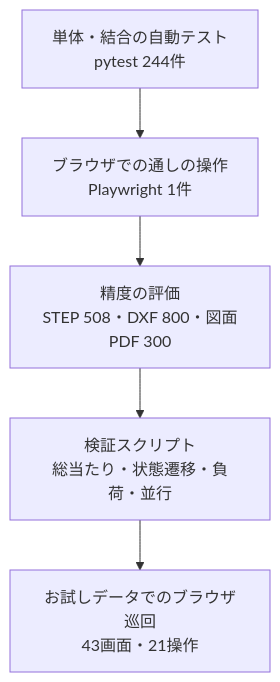
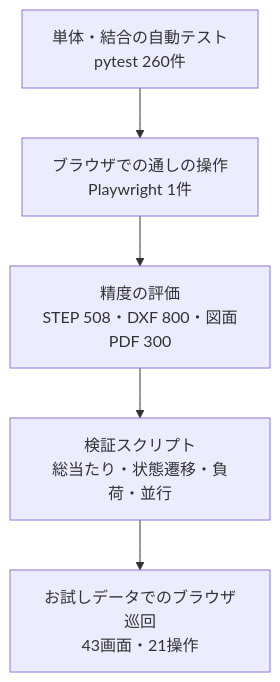
The diagram in docs/09_テスト報告書.md (1975020t/step_analysis_for_automatic-estimate), drawn with Mermaid before and after one commit. The commit also changed other lines of this file and 48 other files, not shown here.

First line of the commit message:
図面PDFだけからの見積：テスト・評価・資料

````diff
--- a/docs/09_テスト報告書.md
+++ b/docs/09_テスト報告書.md
@@ -35,7 +35,7 @@
 ```mermaid 図 試験の層（上ほど細かく速い、下ほど実際の使い方に近い）
 flowchart TD
-  u[単体・結合の自動テスト<br/>pytest 244件] --> e[ブラウザでの通しの操作<br/>Playwright 1件]
+  u[単体・結合の自動テスト<br/>pytest 260件] --> e[ブラウザでの通しの操作<br/>Playwright 1件]
   e --> g[精度の評価<br/>STEP 508・DXF 800・図面PDF 300]
   g --> v[検証スクリプト<br/>総当たり・状態遷移・負荷・並行]
   v --> b[お試しデータでのブラウザ巡回<br/>43画面・21操作]
 ```
````
